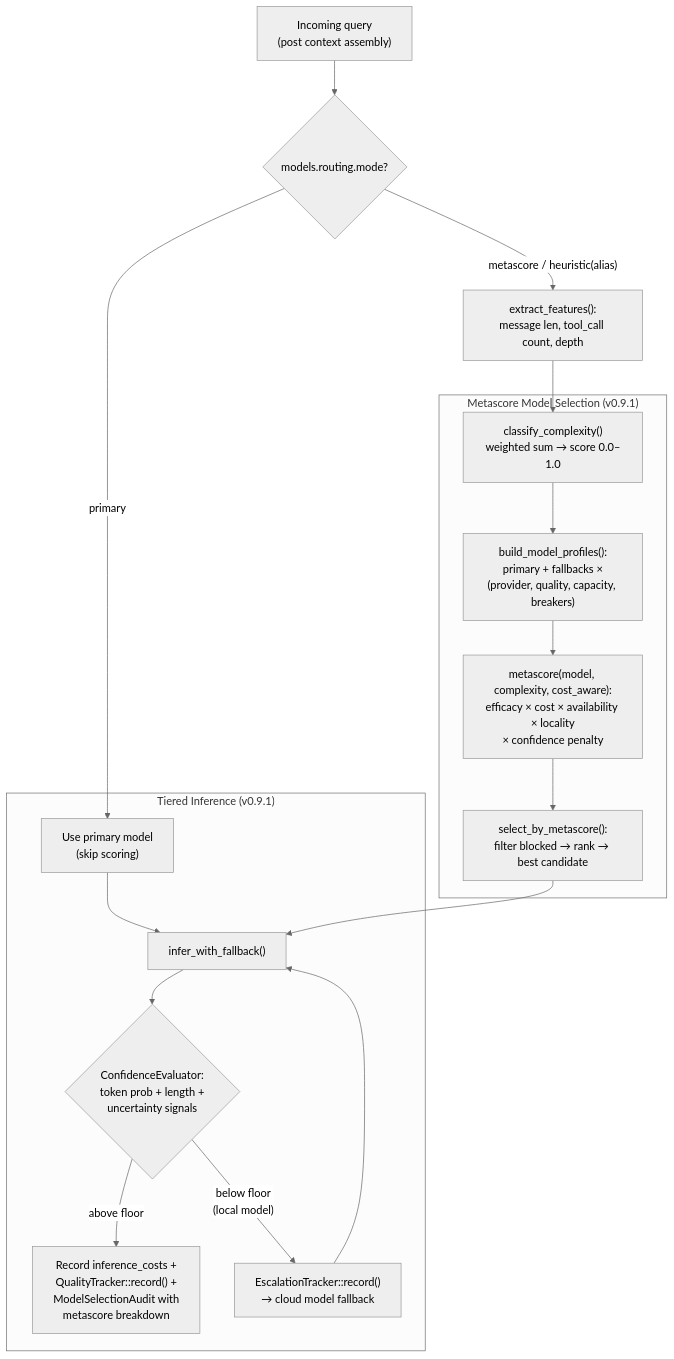
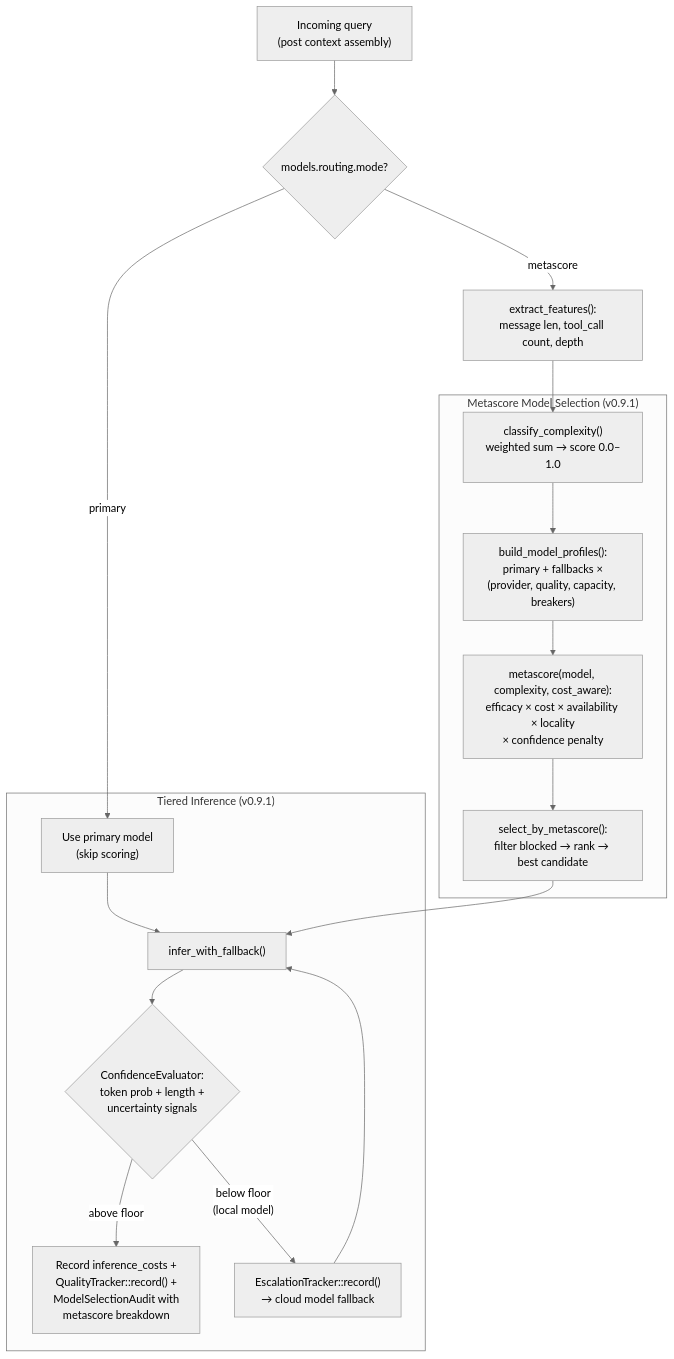
The fifth of 27 diagrams in docs/architecture/ironclad-dataflow.md (robot-accomplice/ironclad), drawn with Mermaid (neutral theme) before and after one commit. The commit also changed other lines of this file and 102 other files, not shown here.

````diff
--- a/docs/architecture/ironclad-dataflow.md
+++ b/docs/architecture/ironclad-dataflow.md
@@ -212,26 +212,26 @@
 ```mermaid
 flowchart TD
     QUERY["Incoming query<br/>(post context assembly)"]
     QUERY --> MODE{"models.routing.mode?"}
 
     MODE -->|"primary"| DIRECT["Use primary model<br/>(skip scoring)"]
 
-    MODE -->|"metascore / heuristic(alias)"| FEATURES["extract_features():<br/>message len, tool_call count, depth"]
+    MODE -->|"metascore"| FEATURES["extract_features():<br/>message len, tool_call count, depth"]
     FEATURES --> CLASSIFY["classify_complexity()<br/>weighted sum → score 0.0–1.0"]
 
     subgraph MetascoreRouting["Metascore Model Selection (v0.9.1)"]
         CLASSIFY --> PROFILES["build_model_profiles():<br/>primary + fallbacks ×<br/>(provider, quality, capacity, breakers)"]
         PROFILES --> SCORE["metascore(model, complexity, cost_aware):<br/>efficacy × cost × availability × locality<br/>× confidence penalty"]
         SCORE --> SELECT["select_by_metascore():<br/>filter blocked → rank → best candidate"]
     end
 
     subgraph TieredInference["Tiered Inference (v0.9.1)"]
         DIRECT & SELECT --> INFER["infer_with_fallback()"]
         INFER --> CONFIDENCE{"ConfidenceEvaluator:<br/>token prob + length +<br/>uncertainty signals"}
         CONFIDENCE -->|"above floor"| RECORD
         CONFIDENCE -->|"below floor<br/>(local model)"| ESCALATE["EscalationTracker::record()<br/>→ cloud model fallback"]
         ESCALATE --> INFER
     end
 
     RECORD["Record inference_costs +<br/>QualityTracker::record() +<br/>ModelSelectionAudit with<br/>metascore breakdown"]
 ```
````
